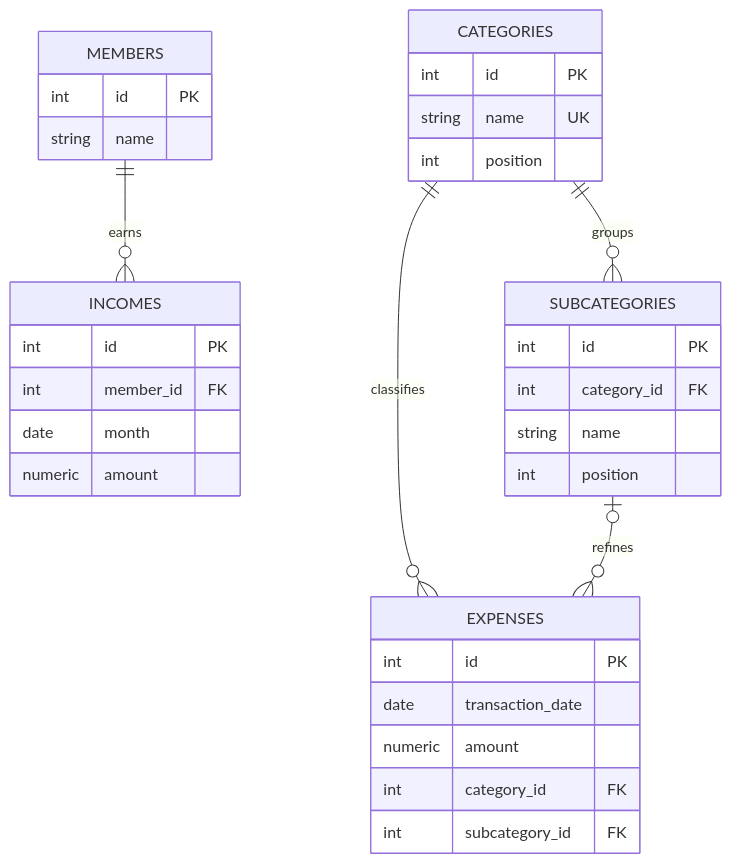
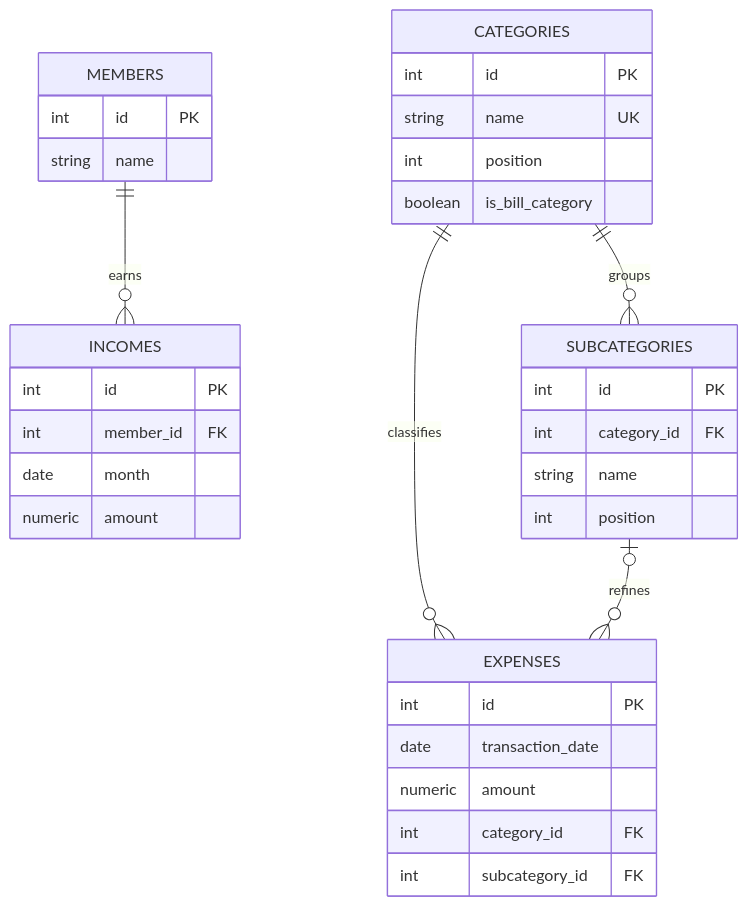
Before and after one commit to miguellemos95/household_finances: the first of 5 diagrams in context/personal-expense-tracking.md, drawn with Mermaid. The commit also changed other lines of this file and 16 other files, not shown here.

````diff
--- a/context/personal-expense-tracking.md
+++ b/context/personal-expense-tracking.md
@@ -153,35 +153,36 @@
 ```mermaid
 erDiagram
 	MEMBERS ||--o{ INCOMES : earns
 	CATEGORIES ||--o{ SUBCATEGORIES : groups
 	CATEGORIES ||--o{ EXPENSES : classifies
 	SUBCATEGORIES |o--o{ EXPENSES : refines
 	MEMBERS {
 		int id PK
 		string name
 	}
 	CATEGORIES {
 		int id PK
 		string name UK
 		int position
+		boolean is_bill_category
 	}
 	SUBCATEGORIES {
 		int id PK
 		int category_id FK
 		string name
 		int position
 	}
 	EXPENSES {
 		int id PK
 		date transaction_date
 		numeric amount
 		int category_id FK
 		int subcategory_id FK
 	}
 	INCOMES {
 		int id PK
 		int member_id FK
 		date month
 		numeric amount
 	}
 ```
````
